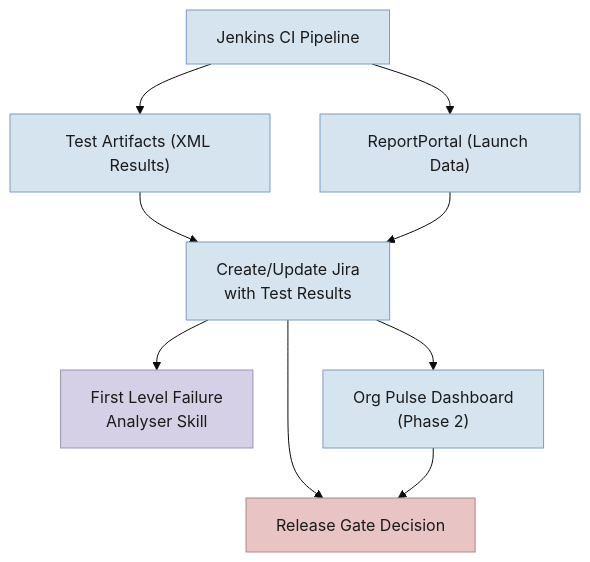
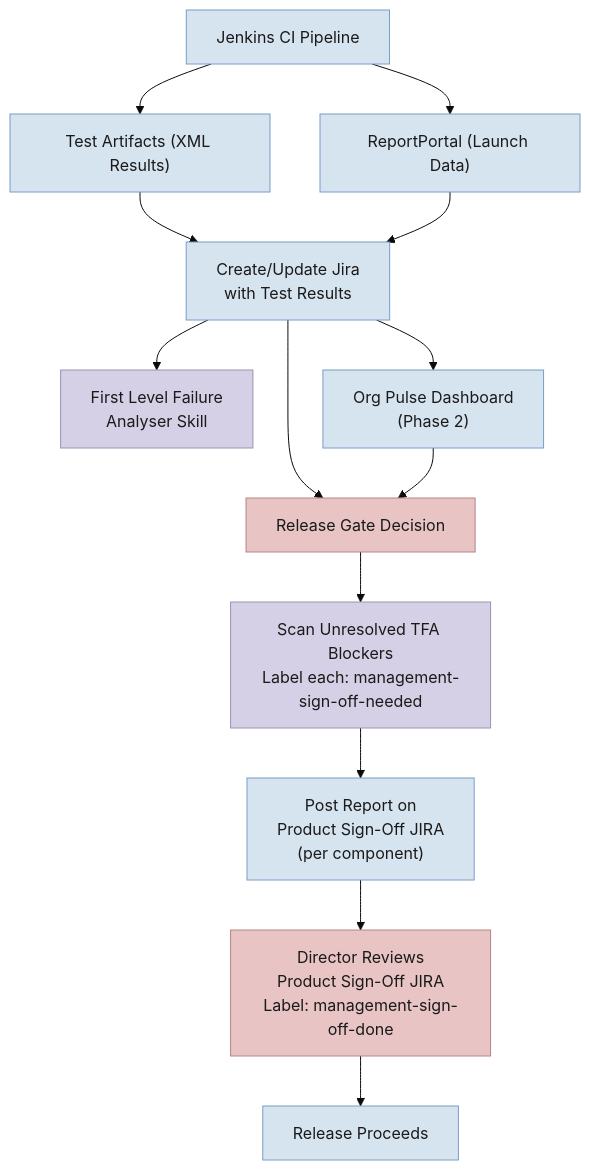
One commit to aloganat/odh-konflux-central changed the first of 2 diagrams in release-gates/docs/test-blocker-jira-lifecycle-design.md. Above: the diagram before and after it, drawn with Mermaid (base theme). The commit also changed other lines of this file, not shown here.

First line of the commit message:
Address review feedback: config, director sign-off, test standards

````diff
--- a/release-gates/docs/test-blocker-jira-lifecycle-design.md
+++ b/release-gates/docs/test-blocker-jira-lifecycle-design.md
@@ -45,23 +48,35 @@
 ```mermaid
 flowchart TD
     A["Jenkins CI Pipeline"]
 
     A --> B["Test Artifacts (XML Results)"]
     A --> C["ReportPortal (Launch Data)"]
 
     B & C --> D["Create/Update Jira\nwith Test Results"]
 
     D --> E["First Level Failure\nAnalyser Skill"]
     D --> H["Org Pulse Dashboard\n(Phase 2)"]
     D --> G["Release Gate Decision"]
 
     H --> G
 
+    G --> S["Scan Unresolved TFA Blockers\nLabel each: management-sign-off-needed"]
+
+    S --> T["Post Report on\nProduct Sign-Off JIRA\n(per component)"]
+
+    T --> R["Director Reviews\nProduct Sign-Off JIRA\nLabel: management-sign-off-done"]
+
+    R --> X["Release Proceeds"]
+
     style A fill:#D6E4F0,stroke:#7A9CC6,color:#1a1a1a
     style B fill:#D6E4F0,stroke:#7A9CC6,color:#1a1a1a
     style C fill:#D6E4F0,stroke:#7A9CC6,color:#1a1a1a
     style D fill:#D6E4F0,stroke:#7A9CC6,color:#1a1a1a
     style E fill:#D5D0E5,stroke:#9B93B3,color:#1a1a1a
     style G fill:#E8C4C4,stroke:#B58585,color:#1a1a1a
     style H fill:#D6E4F0,stroke:#7A9CC6,color:#1a1a1a
+    style S fill:#D5D0E5,stroke:#9B93B3,color:#1a1a1a
+    style T fill:#D6E4F0,stroke:#7A9CC6,color:#1a1a1a
+    style R fill:#E8C4C4,stroke:#B58585,color:#1a1a1a
+    style X fill:#D6E4F0,stroke:#7A9CC6,color:#1a1a1a
 ```
````
